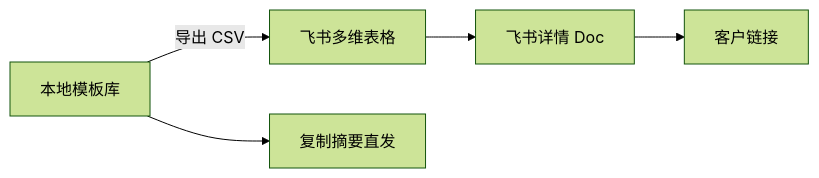
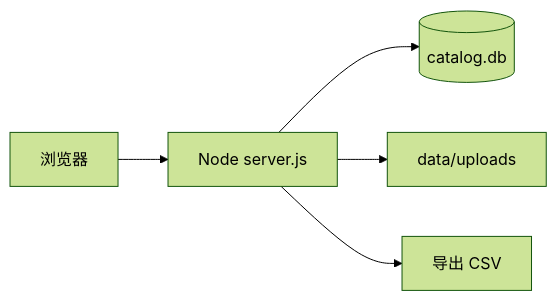
One commit to raintea223-art/Parti-MR2525 changed the ninth of 9 diagrams in docs/WORKFLOW.md. Above: the diagram before and after it, drawn with Mermaid (forest theme). The commit also changed other lines of this file and 42 other files, not shown here.

First line of the commit message:
Add scene/tag/gallery modules, pricing library, and architecture docs.

````diff
--- a/docs/WORKFLOW.md
+++ b/docs/WORKFLOW.md
@@ -48,7 +254,7 @@
 ```mermaid
 flowchart LR
-    Local[本地模板库] -->|导出 CSV| Feishu[飞书多维表格]
-    Feishu --> Doc[飞书详情 Doc]
-    Doc --> Customer[客户链接]
-    Local --> Customer2[复制摘要直发]
+    UI[浏览器] --> API[Node server.js]
+    API --> DB[(catalog.db)]
+    API --> UP[data/uploads]
+    API --> CSV[导出 CSV]
 ```
````
